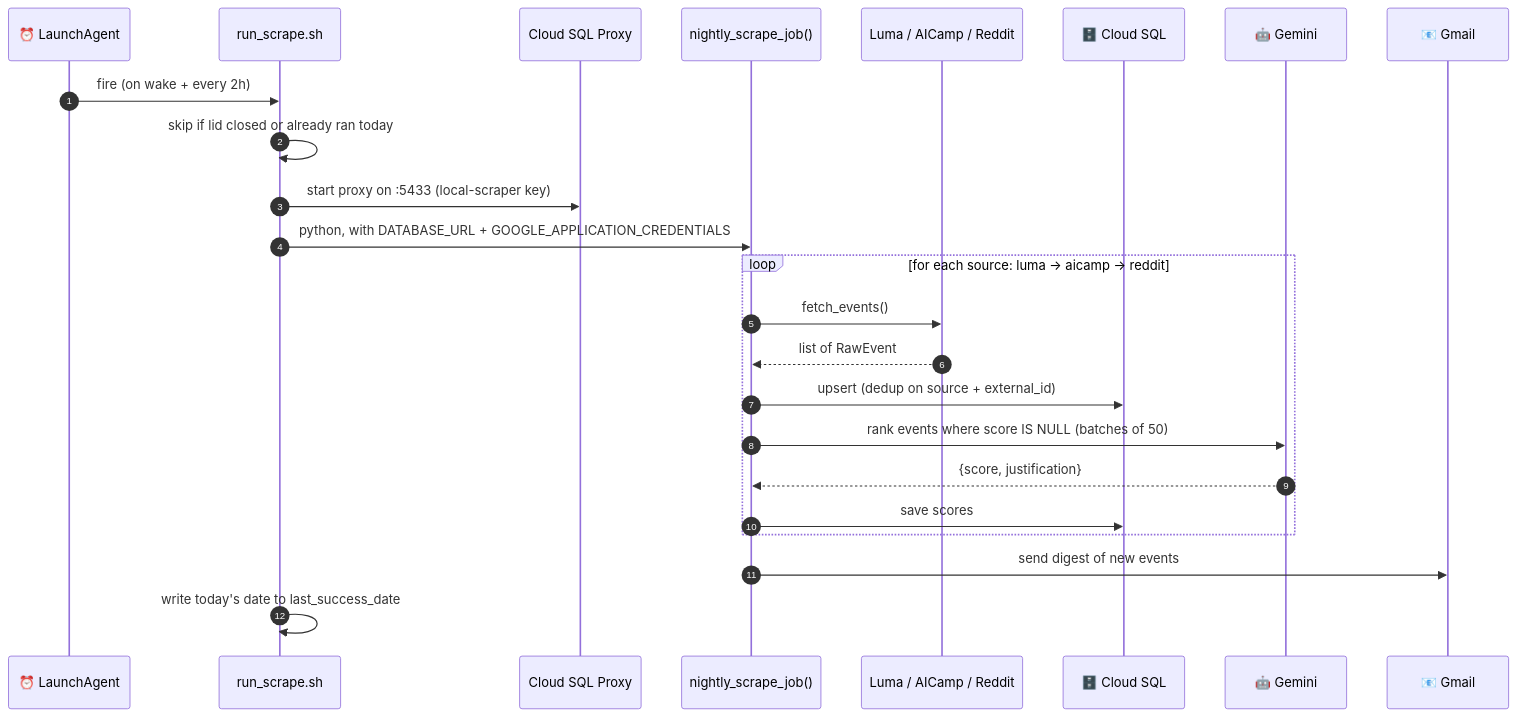
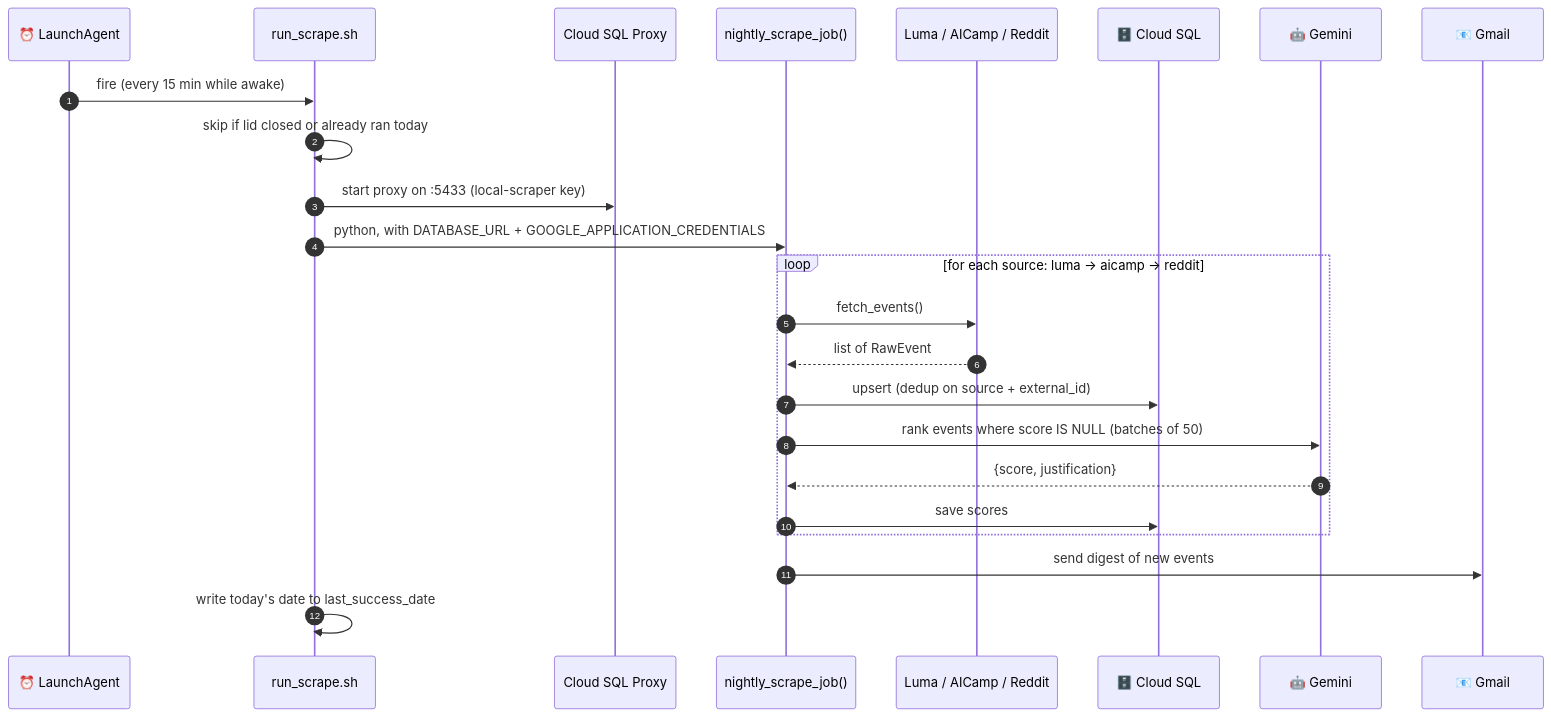
Before and after one commit to vinaykumar2126/agentic-outpost: the second of 8 diagrams in ARCHITECTURE.md, drawn with Mermaid. The commit also changed other lines of this file and 12 other files, not shown here.

````diff
--- a/ARCHITECTURE.md
+++ b/ARCHITECTURE.md
@@ -70,27 +70,27 @@
 ```mermaid
 sequenceDiagram
     autonumber
     participant LA as ⏰ LaunchAgent
     participant SH as run_scrape.sh
     participant PX as Cloud SQL Proxy
     participant JOB as nightly_scrape_job()
     participant SRC as Luma / AICamp / Reddit
     participant DB as 🗄️ Cloud SQL
     participant AI as 🤖 Gemini
     participant GM as 📧 Gmail
 
-    LA->>SH: fire (on wake + every 2h)
+    LA->>SH: fire (every 15 min while awake)
     SH->>SH: skip if lid closed or already ran today
     SH->>PX: start proxy on :5433 (local-scraper key)
     SH->>JOB: python, with DATABASE_URL + GOOGLE_APPLICATION_CREDENTIALS
     loop for each source: luma → aicamp → reddit
         JOB->>SRC: fetch_events()
         SRC-->>JOB: list of RawEvent
         JOB->>DB: upsert (dedup on source + external_id)
         JOB->>AI: rank events where score IS NULL (batches of 50)
         AI-->>JOB: {score, justification}
         JOB->>DB: save scores
     end
     JOB->>GM: send digest of new events
     SH->>SH: write today's date to last_success_date
 ```
````
